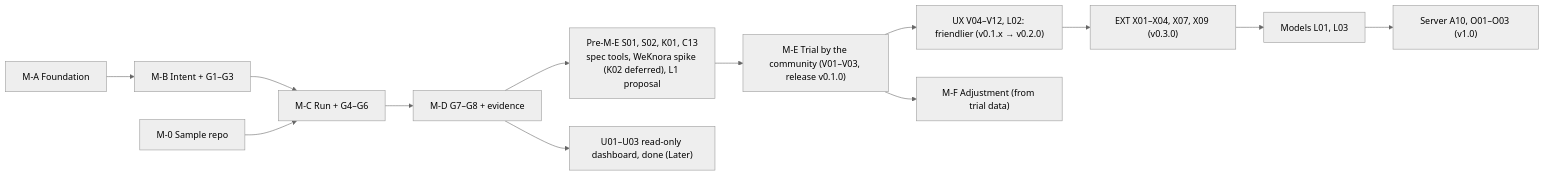
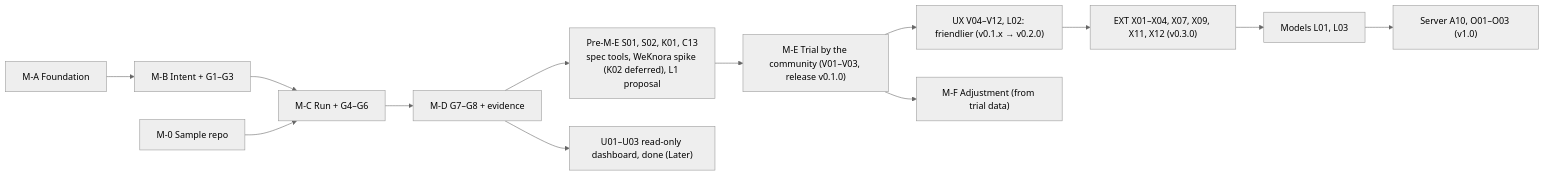
Before and after one commit to hoanghainh1188/agentic-sdlc-framework: the diagram in design/D-08-mvp-backlog.md, drawn with Mermaid (neutral theme). The commit also changed other lines of this file and 5 other files, not shown here.

````diff
--- a/design/D-08-mvp-backlog.md
+++ b/design/D-08-mvp-backlog.md
@@ -56,15 +56,15 @@
 ```mermaid
 flowchart LR
     MA["M-A Foundation"] --> MB["M-B Intent + G1–G3"]
     MB --> MC["M-C Run + G4–G6"]
     M0["M-0 Sample repo"] --> MC
     MC --> MD["M-D G7–G8 + evidence"]
     MD --> MP["Pre-M-E S01, S02, K01, C13<br/>spec tools, WeKnora spike (K02 deferred), L1 proposal"]
     MP --> ME["M-E Trial by the community (V01–V03, release v0.1.0)"]
     ME --> UX["UX V04–V12, L02: friendlier (v0.1.x → v0.2.0)"]
-    UX --> EXT["EXT X01–X04, X07, X09 (v0.3.0)"]
+    UX --> EXT["EXT X01–X04, X07, X09, X11, X12 (v0.3.0)"]
     EXT --> MO["Models L01, L03"]
     MO --> SV["Server A10, O01–O03 (v1.0)"]
     ME --> MF["M-F Adjustment (from trial data)"]
     MD --> MU["U01–U03 read-only dashboard, done (Later)"]
 ```
````
